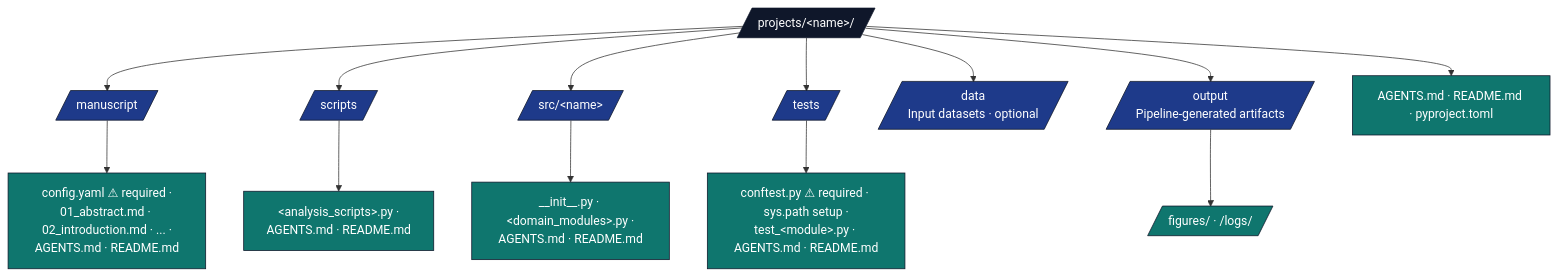
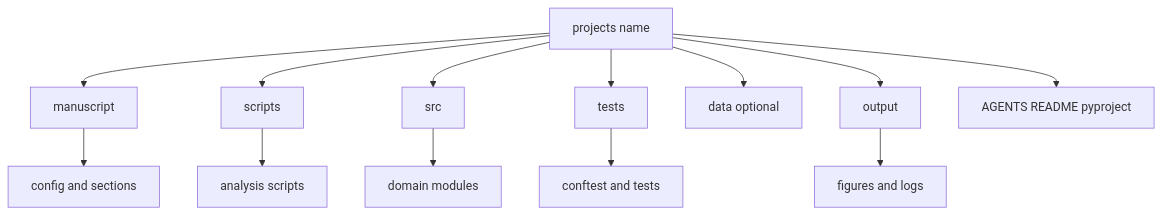
The diagram in docs/guides/new-project-setup.md (docxology/template), drawn with Mermaid before and after one commit. The commit also changed 94 other files, not shown here.

````diff
--- a/docs/guides/new-project-setup.md
+++ b/docs/guides/new-project-setup.md
@@ -80,24 +80,16 @@
 ```mermaid
 flowchart TB
-    P[/projects/&lt;name&gt;//]
-    P --> M[/manuscript/]
-    P --> SC[/scripts/]
-    P --> SRC[/src/&lt;name&gt;/]
-    P --> T[/tests/]
-    P --> DATA[/data<br/>Input datasets · optional/]
-    P --> OUT[/output<br/>Pipeline-generated artifacts/]
-    P --> META[AGENTS.md · README.md · pyproject.toml]
-
-    M --> M_F[config.yaml ⚠ required ·<br/>01_abstract.md · 02_introduction.md · ... ·<br/>AGENTS.md · README.md]
-    SC --> SC_F[&lt;analysis_scripts&gt;.py ·<br/>AGENTS.md · README.md]
-    SRC --> SRC_F[__init__.py · &lt;domain_modules&gt;.py ·<br/>AGENTS.md · README.md]
-    T --> T_F[conftest.py ⚠ required · sys.path setup ·<br/>test_&lt;module&gt;.py · AGENTS.md · README.md]
-    OUT --> OUT_F[/figures/ · /logs//]
-
-    classDef d fill:#0f172a,stroke:#0f172a,color:#fff
-    classDef pkg fill:#1e3a8a,stroke:#0f172a,color:#fff
-    classDef f fill:#0f766e,stroke:#0f172a,color:#fff
-    class P d
-    class M,SC,SRC,T,DATA,OUT pkg
-    class M_F,SC_F,SRC_F,T_F,OUT_F,META f
+    P[projects name]
+    P --> M[manuscript]
+    P --> SC[scripts]
+    P --> SRC[src]
+    P --> T[tests]
+    P --> DATA[data optional]
+    P --> OUT[output]
+    P --> META[AGENTS README pyproject]
+    M --> M_F[config and sections]
+    SC --> SC_F[analysis scripts]
+    SRC --> SRC_F[domain modules]
+    T --> T_F[conftest and tests]
+    OUT --> OUT_F[figures and logs]
 ```
````
